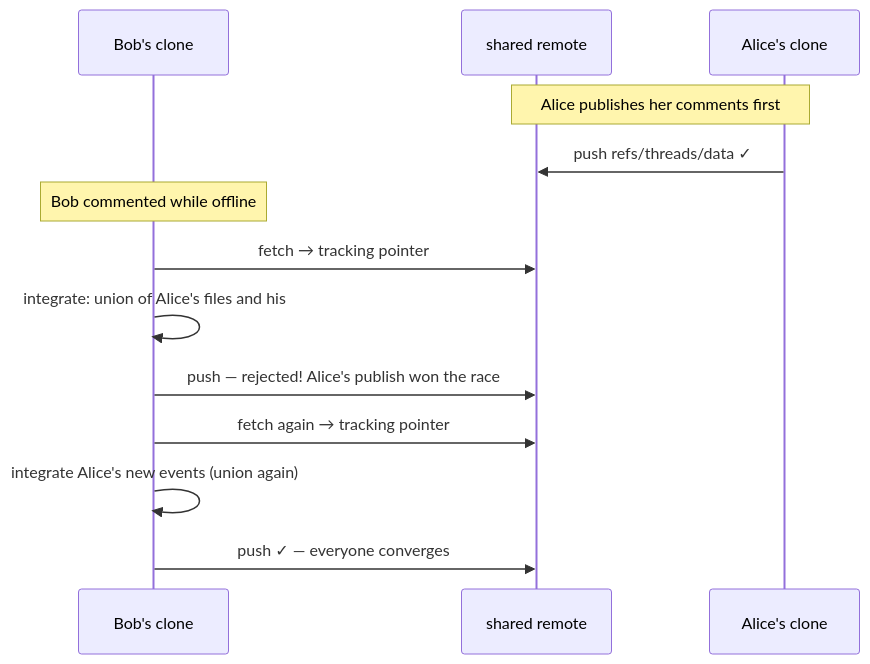
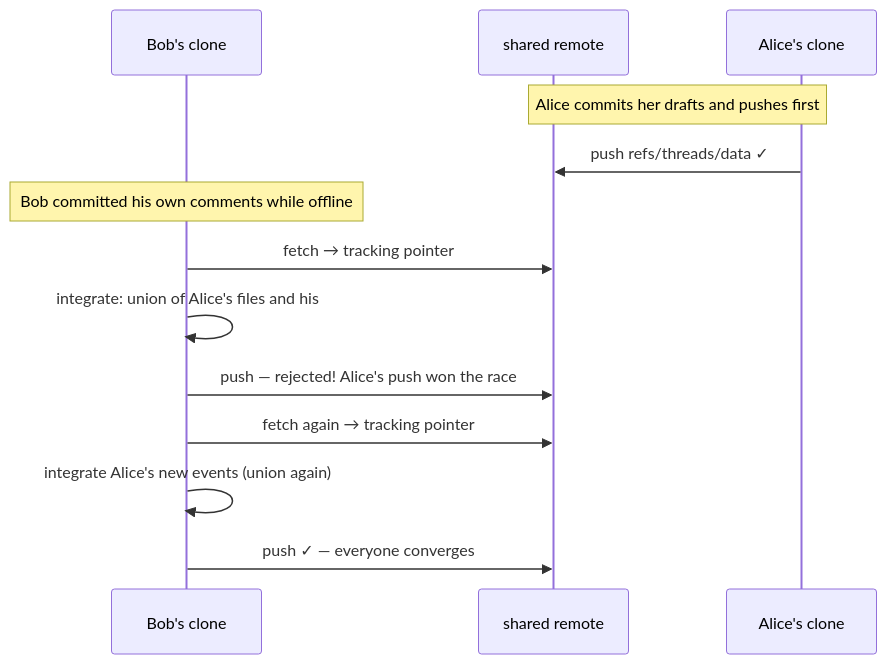
One commit to alexpasmantier/git-threads changed the second of 4 diagrams in docs/how-it-works.md. Above: the diagram before and after it, drawn with Mermaid. The commit also changed other lines of this file and 5 other files, not shown here.

Commit message:
docs: catch up on drafts, commit/push split, and message-ID addressing

````diff
--- a/docs/how-it-works.md
+++ b/docs/how-it-works.md
@@ -162,15 +173,15 @@
 ```mermaid
 sequenceDiagram
     participant B as Bob's clone
     participant R as shared remote
     participant A as Alice's clone
-    Note over A,R: Alice publishes her comments first
+    Note over A,R: Alice commits her drafts and pushes first
     A->>R: push refs/threads/data ✓
-    Note over B: Bob commented while offline
+    Note over B: Bob committed his own comments while offline
     B->>R: fetch → tracking pointer
     B->>B: integrate: union of Alice's files and his
-    B->>R: push — rejected! Alice's publish won the race
+    B->>R: push — rejected! Alice's push won the race
     B->>R: fetch again → tracking pointer
     B->>B: integrate Alice's new events (union again)
     B->>R: push ✓ — everyone converges
 ```
````
